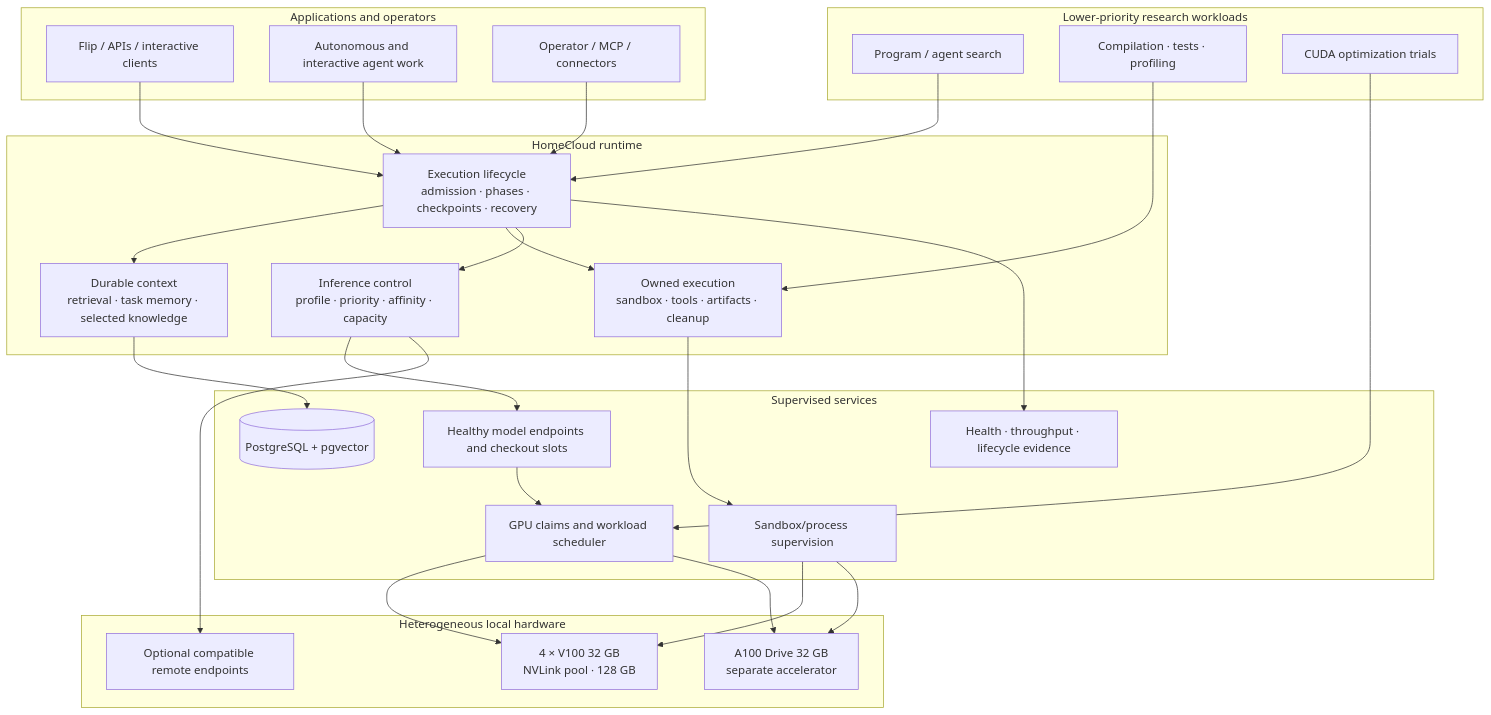
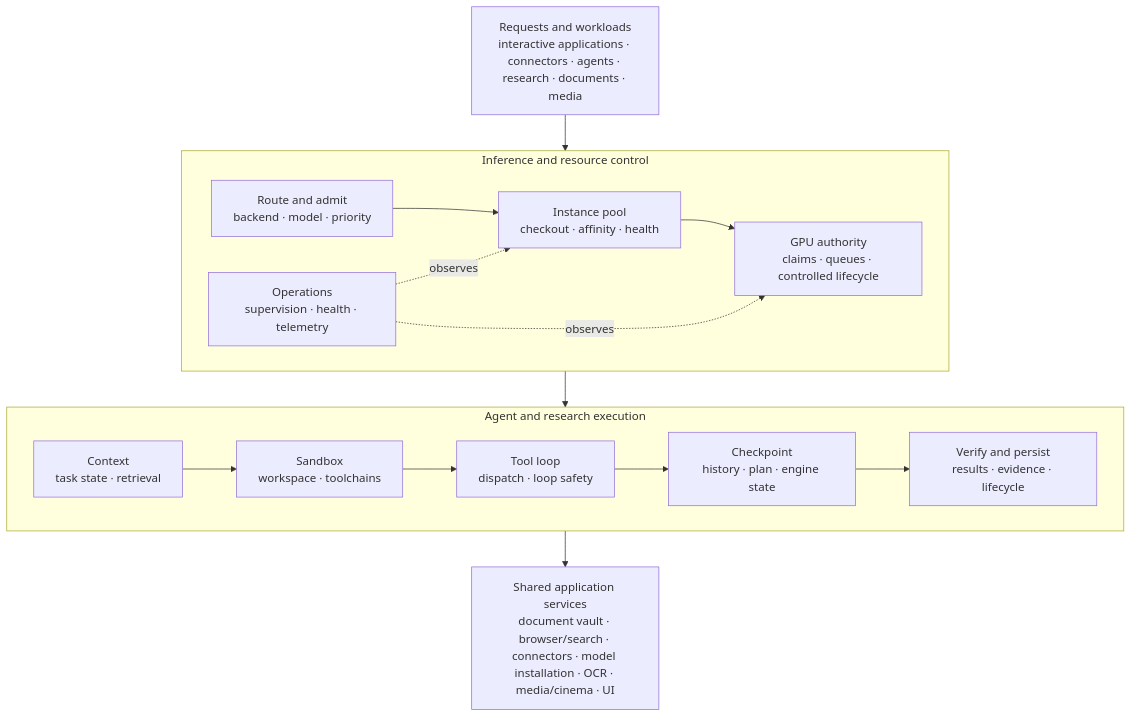
One commit to wahargis/portfolio changed the diagram in homecloud/assets/diagrams/architecture.mmd. Above: the diagram before and after it, drawn with Mermaid. The commit also changed 10 other files, not shown here.

```diff
--- a/homecloud/assets/diagrams/architecture.mmd
+++ b/homecloud/assets/diagrams/architecture.mmd
@@ -1,53 +1,27 @@
-flowchart TD
-    subgraph interfaces["Applications and operators"]
-        APP["Flip / APIs / interactive clients"]
-        AGENT["Autonomous and interactive agent work"]
-        OPS["Operator / MCP / connectors"]
+flowchart TB
+    A["Requests and workloads<br/>interactive applications · connectors · agents · research · documents · media"]
+
+    subgraph C["Inference and resource control"]
+      C1["Route and admit<br/>backend · model · priority"]
+      C2["Instance pool<br/>checkout · affinity · health"]
+      C3["GPU authority<br/>claims · queues · controlled lifecycle"]
+      C4["Operations<br/>supervision · health · telemetry"]
+      C1 --> C2 --> C3
+      C4 -. observes .-> C2
+      C4 -. observes .-> C3
     end
 
-    subgraph runtime["HomeCloud runtime"]
-        EXEC["Execution lifecycle<br/>admission · phases · checkpoints · recovery"]
-        CONTEXT["Durable context<br/>retrieval · task memory · selected knowledge"]
-        TOOL["Owned execution<br/>sandbox · tools · artifacts · cleanup"]
-        ROUTER["Inference control<br/>profile · priority · affinity · capacity"]
-        EXEC --> CONTEXT
-        EXEC --> TOOL
-        EXEC --> ROUTER
+    subgraph E["Agent and research execution"]
+      E1["Context<br/>task state · retrieval"]
+      E2["Sandbox<br/>workspace · toolchains"]
+      E3["Tool loop<br/>dispatch · loop safety"]
+      E4["Checkpoint<br/>history · plan · engine state"]
+      E5["Verify and persist<br/>results · evidence · lifecycle"]
+      E1 --> E2 --> E3 --> E4 --> E5
     end
 
-    subgraph services["Supervised services"]
-        DB[("PostgreSQL + pgvector")]
-        POOL["Healthy model endpoints and checkout slots"]
-        SCHED["GPU claims and workload scheduler"]
-        SANDBOX["Sandbox/process supervision"]
-        TELEMETRY["Health · throughput · lifecycle evidence"]
-    end
+    S["Shared application services<br/>document vault · browser/search · connectors · model installation · OCR · media/cinema · UI"]
 
-    subgraph research["Lower-priority research workloads"]
-        PROGRAM["Program / agent search"]
-        VERIFY["Compilation · tests · profiling"]
-        CUDA["CUDA optimization trials"]
-    end
-
-    subgraph hardware["Heterogeneous local hardware"]
-        V100["4 × V100 32 GB<br/>NVLink pool · 128 GB"]
-        A100["A100 Drive 32 GB<br/>separate accelerator"]
-        REMOTE["Optional compatible remote endpoints"]
-    end
-
-    APP --> EXEC
-    AGENT --> EXEC
-    OPS --> EXEC
-    CONTEXT --> DB
-    TOOL --> SANDBOX
-    ROUTER --> POOL
-    EXEC --> TELEMETRY
-    PROGRAM --> EXEC
-    VERIFY --> TOOL
-    CUDA --> SCHED
-    POOL --> SCHED
-    SCHED --> V100
-    SCHED --> A100
-    ROUTER --> REMOTE
-    SANDBOX --> V100
-    SANDBOX --> A100
+    A --> C
+    C --> E
+    E --> S
```
